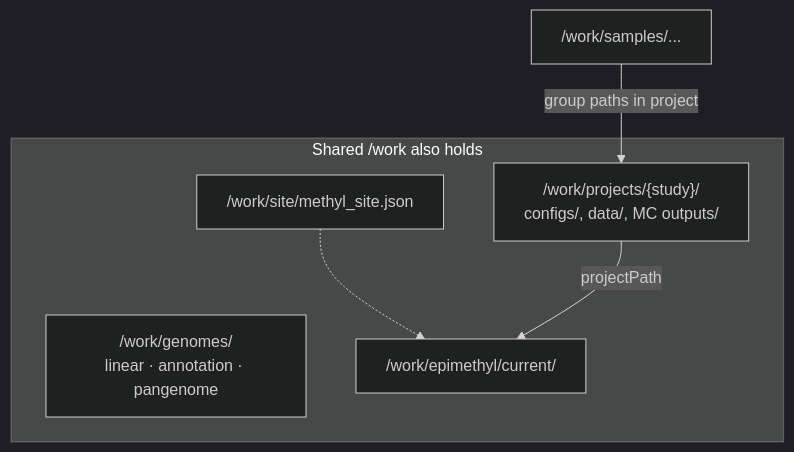
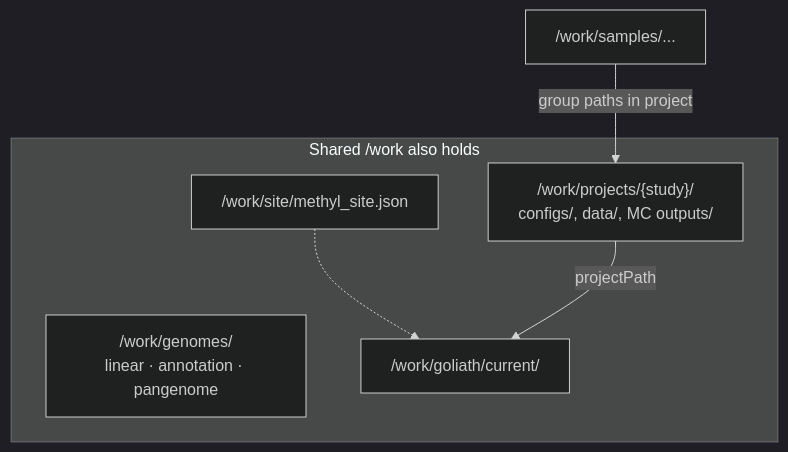
Before and after one commit to Goliath-Research/GoliathWorkflow: the fourth of 18 diagrams in docs/architecture/end-to-end-workflow.md, drawn with Mermaid (dark theme). The commit also changed other lines of this file and 272 other files, not shown here.

````diff
--- a/docs/architecture/end-to-end-workflow.md
+++ b/docs/architecture/end-to-end-workflow.md
@@ -105,12 +105,12 @@
 ```mermaid
 flowchart TB
   subgraph work["Shared /work also holds"]
     PROJ["/work/projects/{study}/<br/>configs/, data/, MC outputs/"]
     SITE["/work/site/methyl_site.json"]
     GEN["/work/genomes/<br/>linear · annotation · pangenome"]
-    EPI["/work/epimethyl/current/"]
+    EPI["/work/goliath/current/"]
   end
   W2["/work/samples/..."] -->|"group paths in project"| PROJ
   SITE -.-> EPI
   PROJ -->|"projectPath"| EPI
 ```
````
